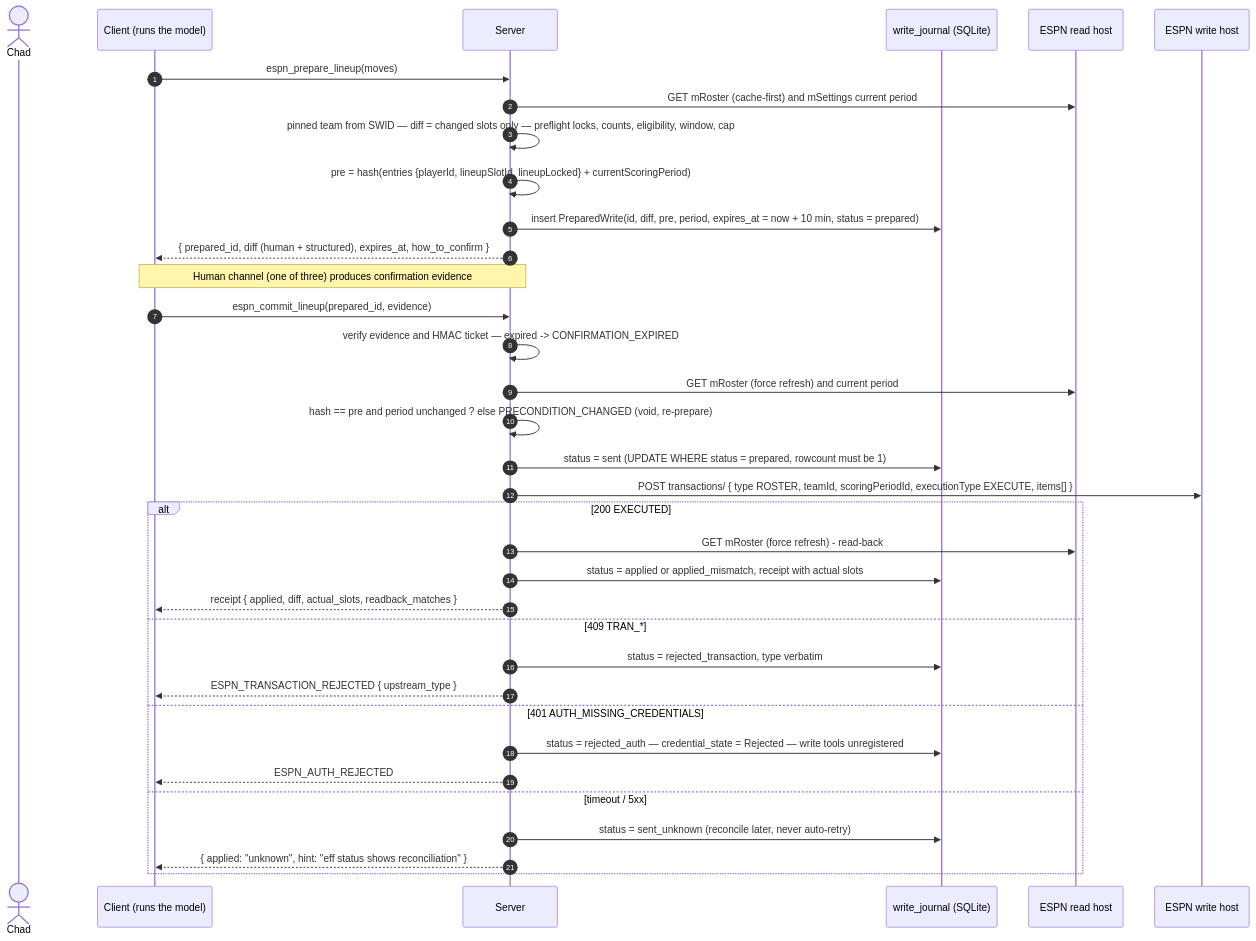
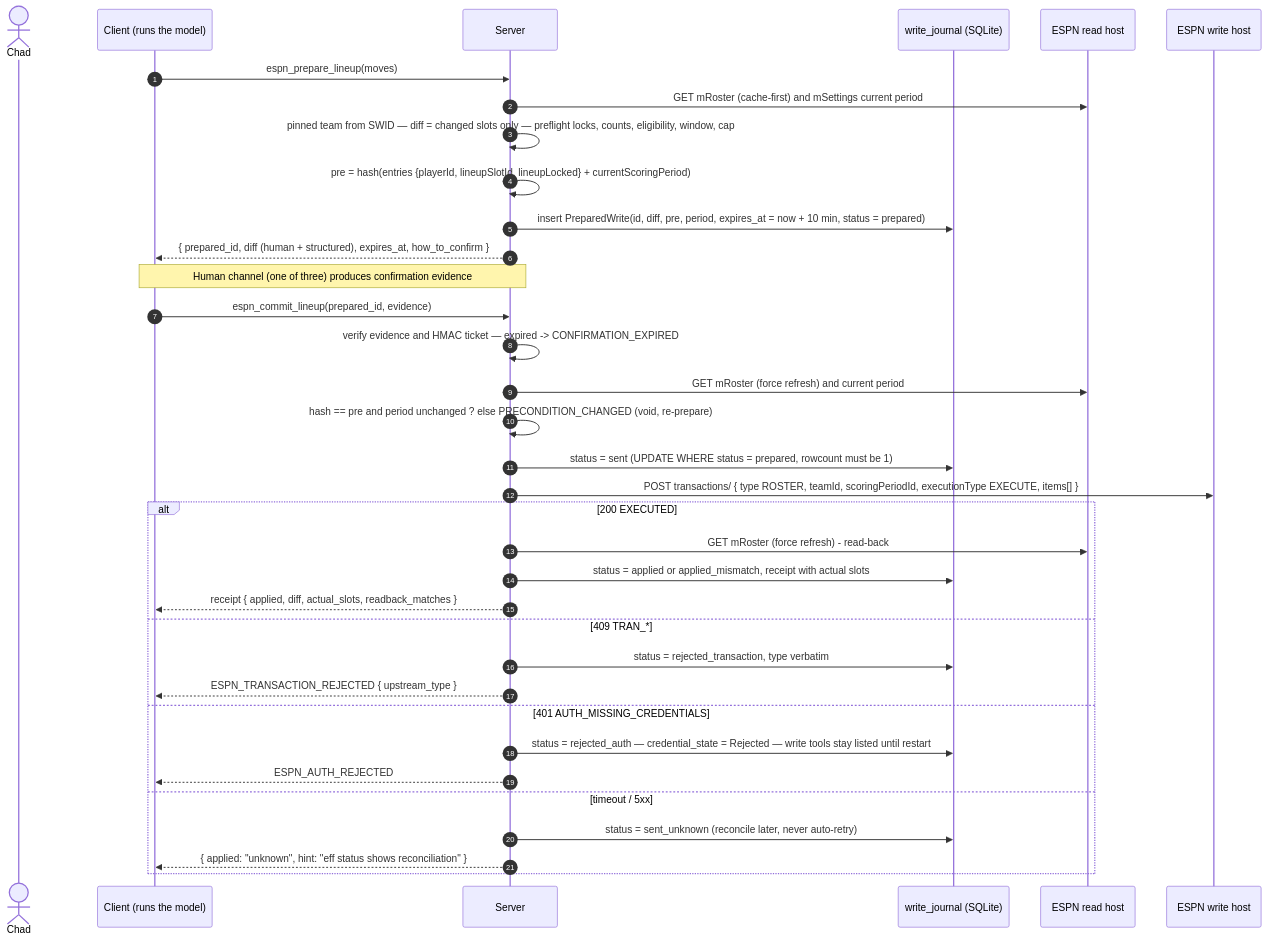
Before and after one commit to ChadPapineau/espn-fantasy-football-mcp: the third of 3 diagrams in docs/plan/02-security-architecture.md, drawn with Mermaid. The commit also changed other lines of this file and 8 other files, not shown here.

````diff
--- a/docs/plan/02-security-architecture.md
+++ b/docs/plan/02-security-architecture.md
@@ -203,38 +206,38 @@
 ```mermaid
 sequenceDiagram
     autonumber
     actor U as Chad
     participant C as Client (runs the model)
     participant S as Server
     participant J as write_journal (SQLite)
     participant R as ESPN read host
     participant W as ESPN write host
 
     C->>S: espn_prepare_lineup(moves)
     S->>R: GET mRoster (cache-first) and mSettings current period
     S->>S: pinned team from SWID — diff = changed slots only — preflight locks, counts, eligibility, window, cap
     S->>S: pre = hash(entries {playerId, lineupSlotId, lineupLocked} + currentScoringPeriod)
     S->>J: insert PreparedWrite(id, diff, pre, period, expires_at = now + 10 min, status = prepared)
     S-->>C: { prepared_id, diff (human + structured), expires_at, how_to_confirm }
     Note over C,S: Human channel (one of three) produces confirmation evidence
     C->>S: espn_commit_lineup(prepared_id, evidence)
     S->>S: verify evidence and HMAC ticket — expired -> CONFIRMATION_EXPIRED
     S->>R: GET mRoster (force refresh) and current period
     S->>S: hash == pre and period unchanged ? else PRECONDITION_CHANGED (void, re-prepare)
     S->>J: status = sent (UPDATE WHERE status = prepared, rowcount must be 1)
     S->>W: POST transactions/ { type ROSTER, teamId, scoringPeriodId, executionType EXECUTE, items[] }
     alt 200 EXECUTED
         S->>R: GET mRoster (force refresh) - read-back
         S->>J: status = applied or applied_mismatch, receipt with actual slots
         S-->>C: receipt { applied, diff, actual_slots, readback_matches }
     else 409 TRAN_*
         S->>J: status = rejected_transaction, type verbatim
         S-->>C: ESPN_TRANSACTION_REJECTED { upstream_type }
     else 401 AUTH_MISSING_CREDENTIALS
-        S->>J: status = rejected_auth — credential_state = Rejected — write tools unregistered
+        S->>J: status = rejected_auth — credential_state = Rejected — write tools stay listed until restart
         S-->>C: ESPN_AUTH_REJECTED
     else timeout / 5xx
         S->>J: status = sent_unknown (reconcile later, never auto-retry)
         S-->>C: { applied: "unknown", hint: "eff status shows reconciliation" }
     end
 ```
````
